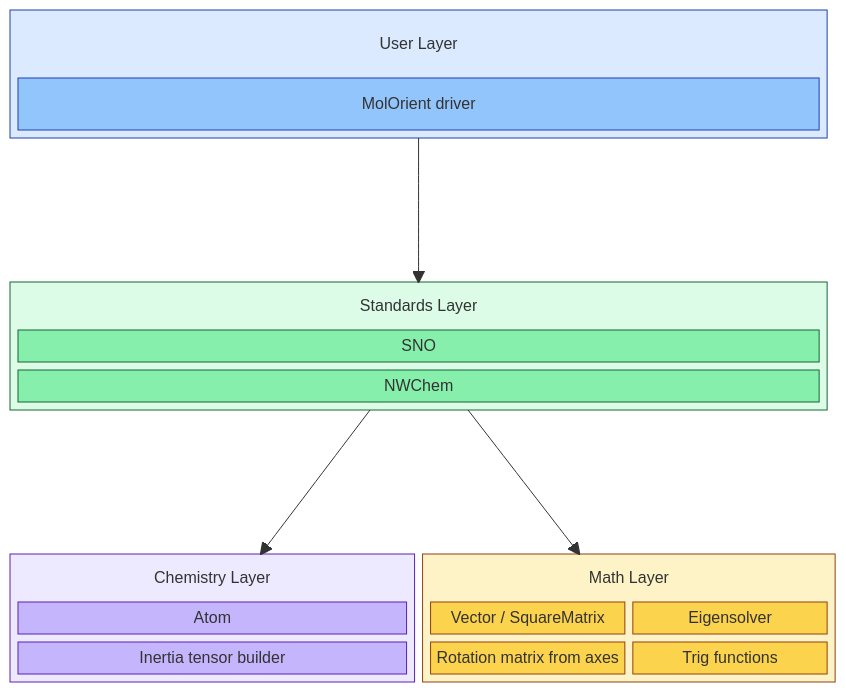
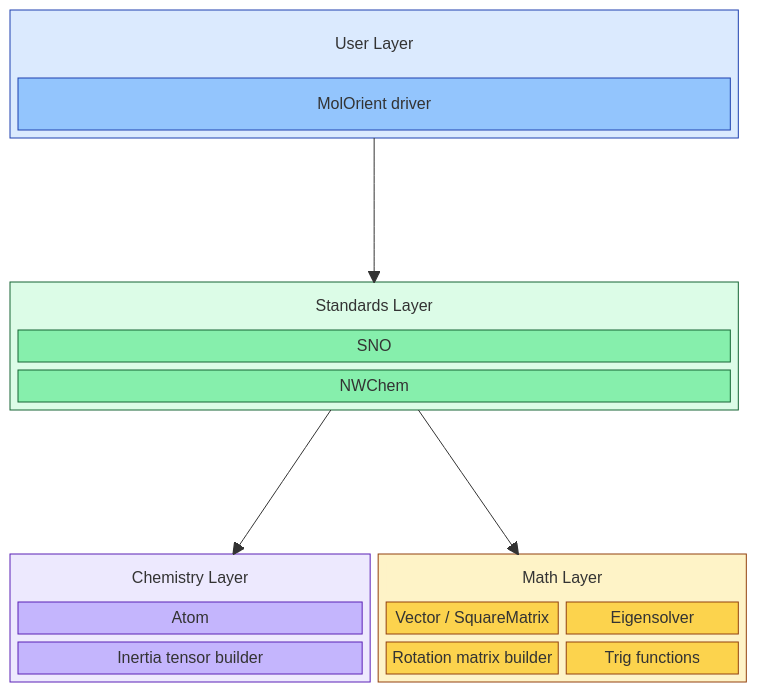
One commit to rmrresearch/molorient changed the diagram in docs/src/diagrams/design.md. Above: the diagram before and after it, drawn with Mermaid.

Commit message:
minor changes

````diff
--- a/docs/src/diagrams/design.md
+++ b/docs/src/diagrams/design.md
@@ -3,59 +3,59 @@
 ```mermaid
 block-beta
   columns 2
 
   block:user:2
     columns 1
     userLabel["User Layer"]
     driver["MolOrient driver"]
   end
 
   space:2
 
   block:standards:2
     columns 1
     stdLabel["Standards Layer"]
     sno["SNO"]
     nwchem["NWChem"]
   end
 
   space:2
 
   block:chemistry
     columns 1
     chemLabel["Chemistry Layer"]
     atom["Atom"]
     inertia["Inertia tensor builder"]
   end
 
   block:math
     columns 2
     mathLabel["Math Layer"]:2
     linalg["Vector / SquareMatrix"]
     eig["Eigensolver"]
-    rotmat["Rotation matrix from axes"]
+    rotmat["Rotation matrix builder"]
     trig["Trig functions"]
   end
 
   user --> standards
   standards --> chemistry
   standards --> math
 
   style user fill:#dbeafe,stroke:#1e40af
   style userLabel fill:#dbeafe,stroke:none
   style driver fill:#93c5fd,stroke:#1e40af
   style standards fill:#dcfce7,stroke:#166534
   style stdLabel fill:#dcfce7,stroke:none
   style sno fill:#86efac,stroke:#166534
   style nwchem fill:#86efac,stroke:#166534
   style chemistry fill:#ede9fe,stroke:#5b21b6
   style chemLabel fill:#ede9fe,stroke:none
   style atom fill:#c4b5fd,stroke:#5b21b6
   style inertia fill:#c4b5fd,stroke:#5b21b6
   style math fill:#fef3c7,stroke:#92400e
   style mathLabel fill:#fef3c7,stroke:none
   style linalg fill:#fcd34d,stroke:#92400e
   style eig fill:#fcd34d,stroke:#92400e
   style rotmat fill:#fcd34d,stroke:#92400e
   style trig fill:#fcd34d,stroke:#92400e
 ```
````
